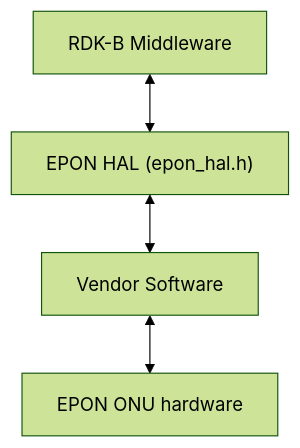
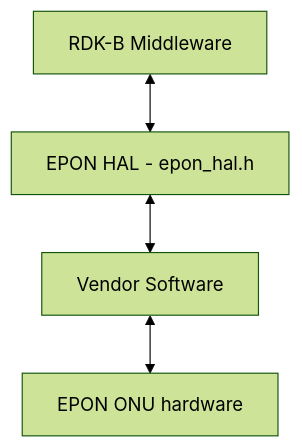
One commit to Blitzy-Sky/rdkb-halif-epon changed the first of 4 diagrams in docs/pages/halSpec.md. Above: the diagram before and after it, drawn with Mermaid (forest theme).

Commit message:
docs: normalise the EPON HAL architecture flowchart in its specification
The Description flowchart now uses the common top-down form shared
by every C HAL page: RDK-B Middleware, then EPON HAL - epon_hal.h,
then Vendor Software, joined by double-headed edges.

````diff
--- a/docs/pages/halSpec.md
+++ b/docs/pages/halSpec.md
@@ -39,7 +39,6 @@
 ```mermaid
-flowchart TD;
-    Caller["RDK-B Middleware"] <-->
-    EponHAL["EPON HAL (epon_hal.h)"] <-->
-    Vendor["Vendor Software"] <-->
-    Onu["EPON ONU hardware"]
+flowchart TD
+    Caller["RDK-B Middleware"] <--> HAL["EPON HAL - epon_hal.h"]
+    HAL <--> Vendor["Vendor Software"]
+    Vendor <--> Hardware["EPON ONU hardware"]
 ```
````
